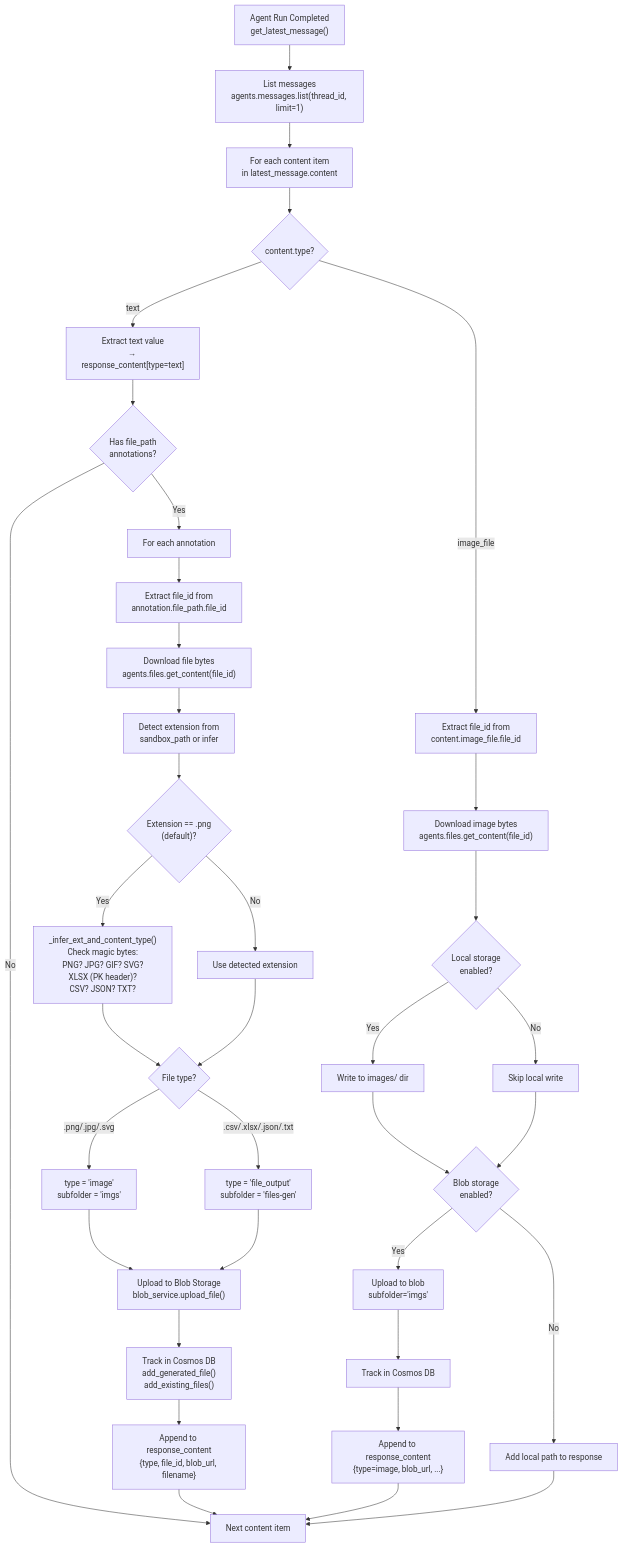
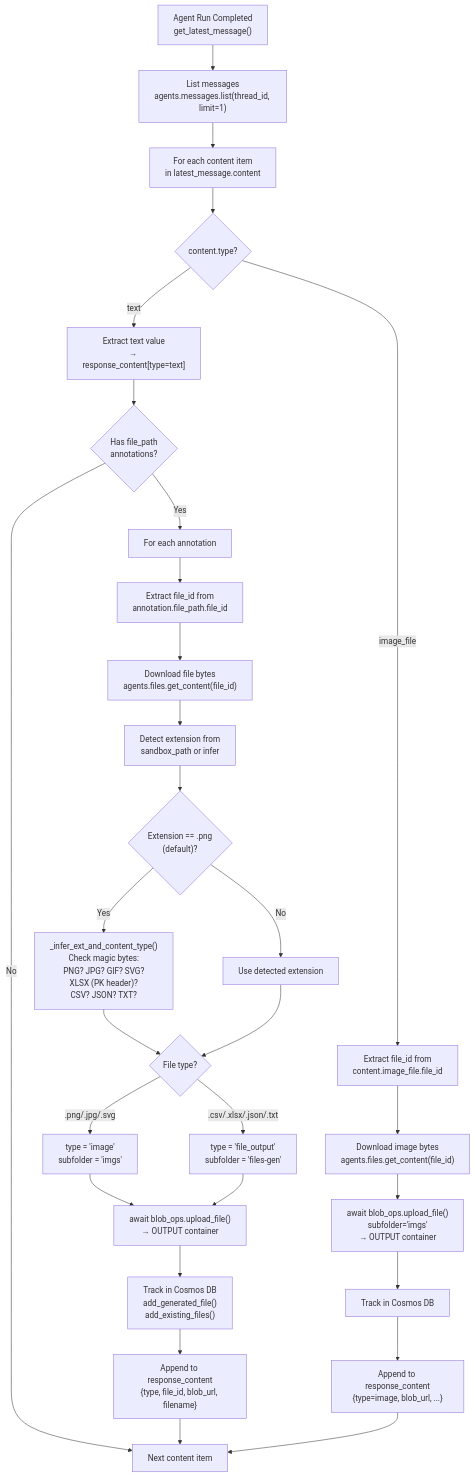
The fourth of 11 diagrams in architecture_diagram.md (sarahselwadi/data-analyst-agent), drawn with Mermaid before and after one commit. The commit also changed other lines of this file and 5 other files, not shown here.

````diff
--- a/architecture_diagram.md
+++ b/architecture_diagram.md
@@ -287,49 +274,42 @@
 ```mermaid
 flowchart TD
     START["Agent Run Completed<br/>get_latest_message()"] --> LIST["List messages<br/>agents.messages.list(thread_id, limit=1)"]
     LIST --> LOOP["For each content item<br/>in latest_message.content"]
 
     LOOP --> TEXT{"content.type?"}
 
     TEXT -->|"text"| EXTRACT_TEXT["Extract text value<br/>→ response_content[type=text]"]
     EXTRACT_TEXT --> ANNOTATIONS{"Has file_path<br/>annotations?"}
 
     ANNOTATIONS -->|"Yes"| ANN_LOOP["For each annotation"]
     ANNOTATIONS -->|"No"| NEXT["Next content item"]
 
     ANN_LOOP --> GET_FID["Extract file_id from<br/>annotation.file_path.file_id"]
     GET_FID --> DOWNLOAD_ANN["Download file bytes<br/>agents.files.get_content(file_id)"]
     DOWNLOAD_ANN --> DETECT_EXT["Detect extension from<br/>sandbox_path or infer"]
 
     DETECT_EXT --> INFER{"Extension == .png<br/>(default)?"}
     INFER -->|"Yes"| SMART_INFER["_infer_ext_and_content_type()<br/>Check magic bytes:<br/>PNG? JPG? GIF? SVG?<br/>XLSX (PK header)?<br/>CSV? JSON? TXT?"]
     INFER -->|"No"| USE_EXT["Use detected extension"]
 
     SMART_INFER --> CLASSIFY
     USE_EXT --> CLASSIFY
 
     CLASSIFY{"File type?"}
     CLASSIFY -->|".png/.jpg/.svg"| IMG_TYPE["type = 'image'<br/>subfolder = 'imgs'"]
     CLASSIFY -->|".csv/.xlsx/.json/.txt"| FILE_TYPE["type = 'file_output'<br/>subfolder = 'files-gen'"]
 
-    IMG_TYPE --> UPLOAD_BLOB["Upload to Blob Storage<br/>blob_service.upload_file()"]
+    IMG_TYPE --> UPLOAD_BLOB["await blob_ops.upload_file()<br/>→ OUTPUT container"]
     FILE_TYPE --> UPLOAD_BLOB
 
     UPLOAD_BLOB --> TRACK_COSMOS["Track in Cosmos DB<br/>add_generated_file()<br/>add_existing_files()"]
     TRACK_COSMOS --> APPEND["Append to response_content<br/>{type, file_id, blob_url, filename}"]
     APPEND --> NEXT
 
     TEXT -->|"image_file"| IMG_FILE["Extract file_id from<br/>content.image_file.file_id"]
     IMG_FILE --> DOWNLOAD_IMG["Download image bytes<br/>agents.files.get_content(file_id)"]
-    DOWNLOAD_IMG --> SAVE_LOCAL{"Local storage<br/>enabled?"}
-    SAVE_LOCAL -->|"Yes"| WRITE_LOCAL["Write to images/ dir"]
-    SAVE_LOCAL -->|"No"| SKIP_LOCAL["Skip local write"]
-    WRITE_LOCAL --> BLOB_ENABLED{"Blob storage<br/>enabled?"}
-    SKIP_LOCAL --> BLOB_ENABLED
-    BLOB_ENABLED -->|"Yes"| UPLOAD_IMG["Upload to blob<br/>subfolder='imgs'"]
-    BLOB_ENABLED -->|"No"| LOCAL_ONLY["Add local path to response"]
+    DOWNLOAD_IMG --> UPLOAD_IMG["await blob_ops.upload_file()<br/>subfolder='imgs'<br/>→ OUTPUT container"]
     UPLOAD_IMG --> TRACK_IMG["Track in Cosmos DB"]
     TRACK_IMG --> APPEND_IMG["Append to response_content<br/>{type=image, blob_url, ...}"]
     APPEND_IMG --> NEXT
-    LOCAL_ONLY --> NEXT
 ```
````
